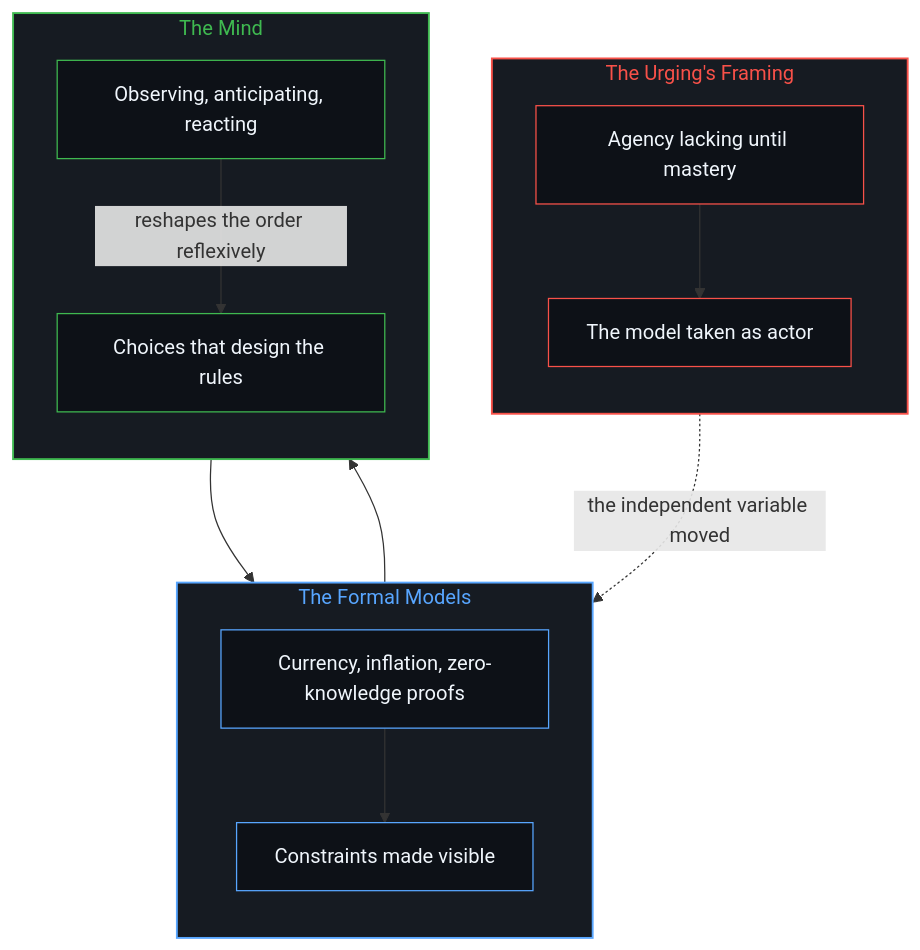
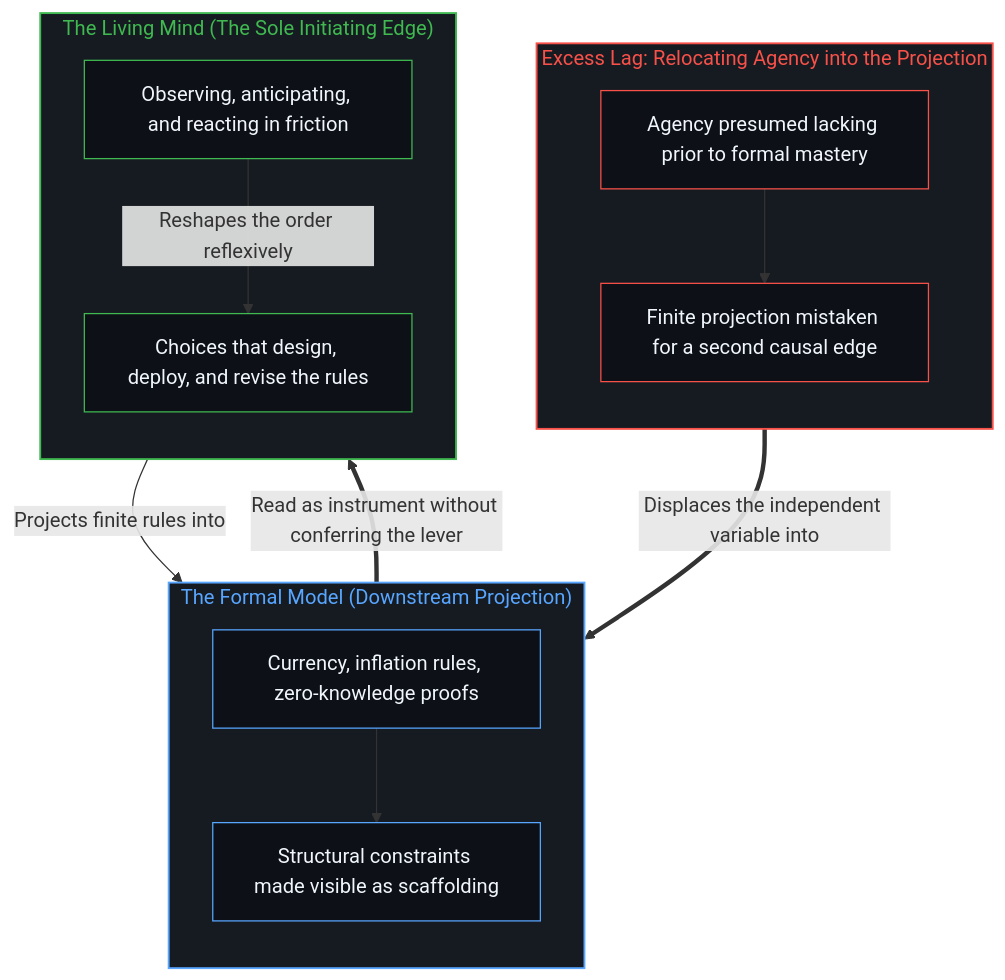
One commit to powerpig99/not-a-toe changed the second of 2 diagrams in content/posts/agency-relocated-into-the-formal-model.md. Above: the diagram before and after it, drawn with Mermaid. The commit also changed other lines of this file and 1 other file, not shown here.

Commit message:
Refine Post (Wave 3 L2 #110): agency-relocated-into-the-formal-model

````diff
--- a/content/posts/agency-relocated-into-the-formal-model.md
+++ b/content/posts/agency-relocated-into-the-formal-model.md
@@ -82,32 +63,33 @@
 ```mermaid
 flowchart TD
-    subgraph S_Urge["The Urging's Framing"]
+    subgraph S_Urge["Excess Lag: Relocating Agency into the Projection"]
         direction TB
-        U1["Agency lacking until mastery"]
-        U2["The model taken as actor"]
+        U1["Agency presumed lacking prior to formal mastery"]
+        U2["Finite projection mistaken for a second causal edge"]
+        U1 --> U2
     end
-    subgraph S_Model["The Formal Models"]
+    subgraph S_Model["The Formal Model (Downstream Projection)"]
         direction TB
-        F1["Currency, inflation, zero-knowledge proofs"]
-        F2["Constraints made visible"]
+        F1["Currency, inflation rules, zero-knowledge proofs"]
+        F2["Structural constraints made visible as scaffolding"]
+        F1 --> F2
     end
-    subgraph S_Mind["The Mind"]
+    subgraph S_Mind["The Living Mind (The Sole Initiating Edge)"]
         direction TB
-        M1["Choices that design the rules"]
-        M2["Observing, anticipating, reacting"]
+        M1["Choices that design, deploy, and revise the rules"]
+        M2["Observing, anticipating, and reacting in friction"]
+        M2 -->|"Reshapes the order reflexively"| M1
     end
-    U1 --> U2
-    U2 -.->|"the independent variable moved"| F1
-    M1 --> F1
-    F1 --> F2 --> M2
-    M2 -->|"reshapes the order reflexively"| M1
+    U2 ==>|"Displaces the independent variable into"| F1
+    F2 ==>|"Read as instrument without conferring the lever"| M2
+    M1 -->|"Projects finite rules into"| F1
     style S_Urge fill:#161b22,stroke:#f85149,stroke-width:1.5px,color:#f85149
     style S_Model fill:#161b22,stroke:#58a6ff,stroke-width:1.5px,color:#58a6ff
     style S_Mind fill:#161b22,stroke:#3fb950,stroke-width:1.5px,color:#3fb950
     style U1 fill:#0d1117,stroke:#f85149,stroke-width:1px,color:#f0f6fc
     style U2 fill:#0d1117,stroke:#f85149,stroke-width:1px,color:#f0f6fc
     style F1 fill:#0d1117,stroke:#58a6ff,stroke-width:1px,color:#f0f6fc
     style F2 fill:#0d1117,stroke:#58a6ff,stroke-width:1px,color:#f0f6fc
     style M1 fill:#0d1117,stroke:#3fb950,stroke-width:1px,color:#f0f6fc
     style M2 fill:#0d1117,stroke:#3fb950,stroke-width:1px,color:#f0f6fc
 ```
````
